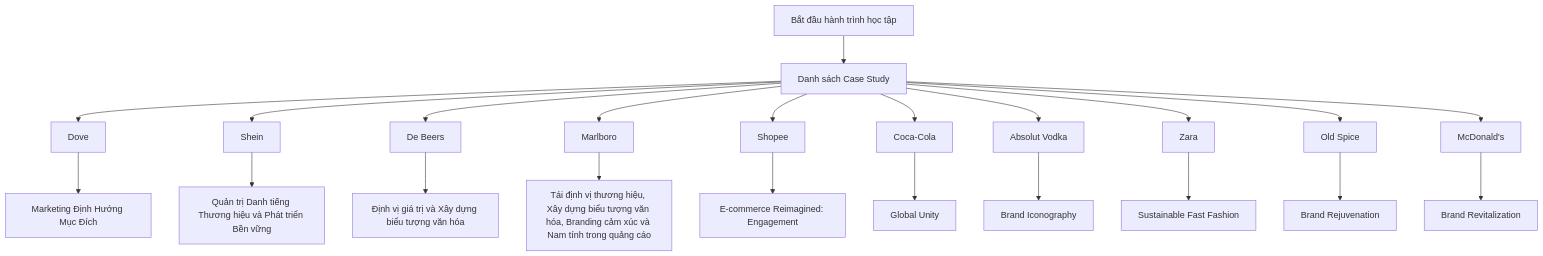
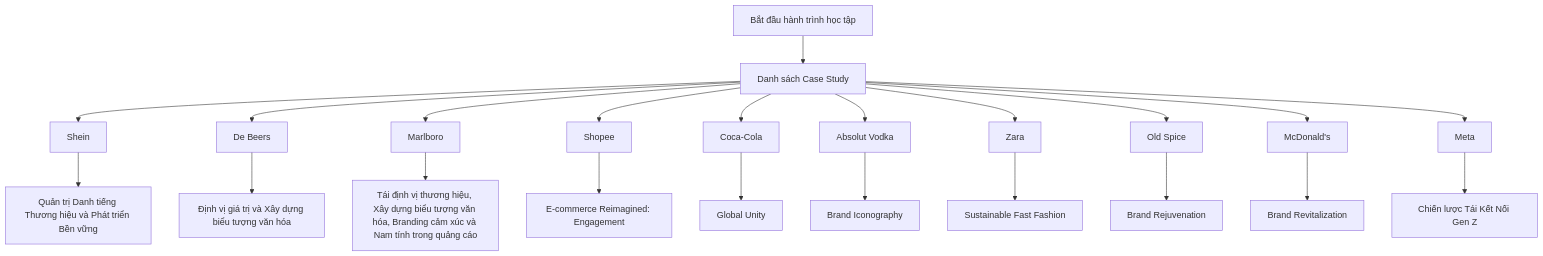
Before and after one commit to quy2003/daily-marketing-cases: the diagram in README.md, drawn with Mermaid. The commit also changed other lines of this file and 3 other files, not shown here.

Commit message:
chore: auto-generate daily marketing case & podcast [skip ci]

````diff
--- a/README.md
+++ b/README.md
@@ -25,24 +25,24 @@
 ```mermaid
 graph TD
     Start[Bắt đầu hành trình học tập] --> DailyCases[Danh sách Case Study]
-    DailyCases --> Dove["Dove"]
-    Dove --> MarketingnhHngMcch["Marketing Định Hướng Mục Đích"]
     DailyCases --> Shein["Shein"]
     Shein --> QuntrDanhtingThnghiuvPhttrinBnvng["Quản trị Danh tiếng Thương hiệu và Phát triển Bền vững"]
     DailyCases --> DeBeers["De Beers"]
     DeBeers --> nhvgitrvXydngbiutngvnha["Định vị giá trị và Xây dựng biểu tượng văn hóa"]
     DailyCases --> Marlboro["Marlboro"]
     Marlboro --> TinhvthnghiuXydngbiutngvnhaBrandingcmxcvNamtnhtrongqungco["Tái định vị thương hiệu, Xây dựng biểu tượng văn hóa, Branding cảm xúc và Nam tính trong quảng cáo"]
     DailyCases --> Shopee["Shopee"]
     Shopee --> EcommerceReimaginedEngagement["E-commerce Reimagined: Engagement"]
     DailyCases --> CocaCola["Coca-Cola"]
     CocaCola --> GlobalUnity["Global Unity"]
     DailyCases --> AbsolutVodka["Absolut Vodka"]
     AbsolutVodka --> BrandIconography["Brand Iconography"]
     DailyCases --> Zara["Zara"]
     Zara --> SustainableFastFashion["Sustainable Fast Fashion"]
     DailyCases --> OldSpice["Old Spice"]
     OldSpice --> BrandRejuvenation["Brand Rejuvenation"]
     DailyCases --> McDonalds["McDonald's"]
     McDonalds --> BrandRevitalization["Brand Revitalization"]
+    DailyCases --> Meta["Meta"]
+    Meta --> ChinlcTiKtNiGenZ["Chiến lược Tái Kết Nối Gen Z"]
 ```
````
